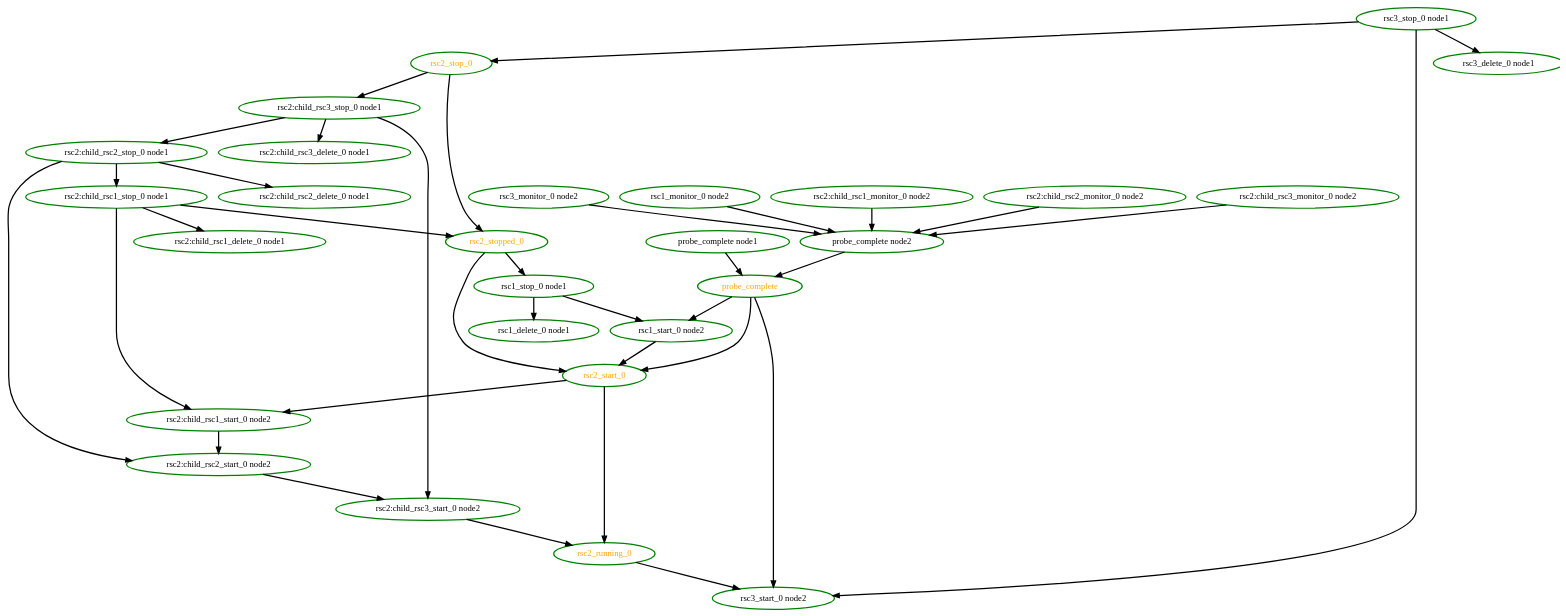
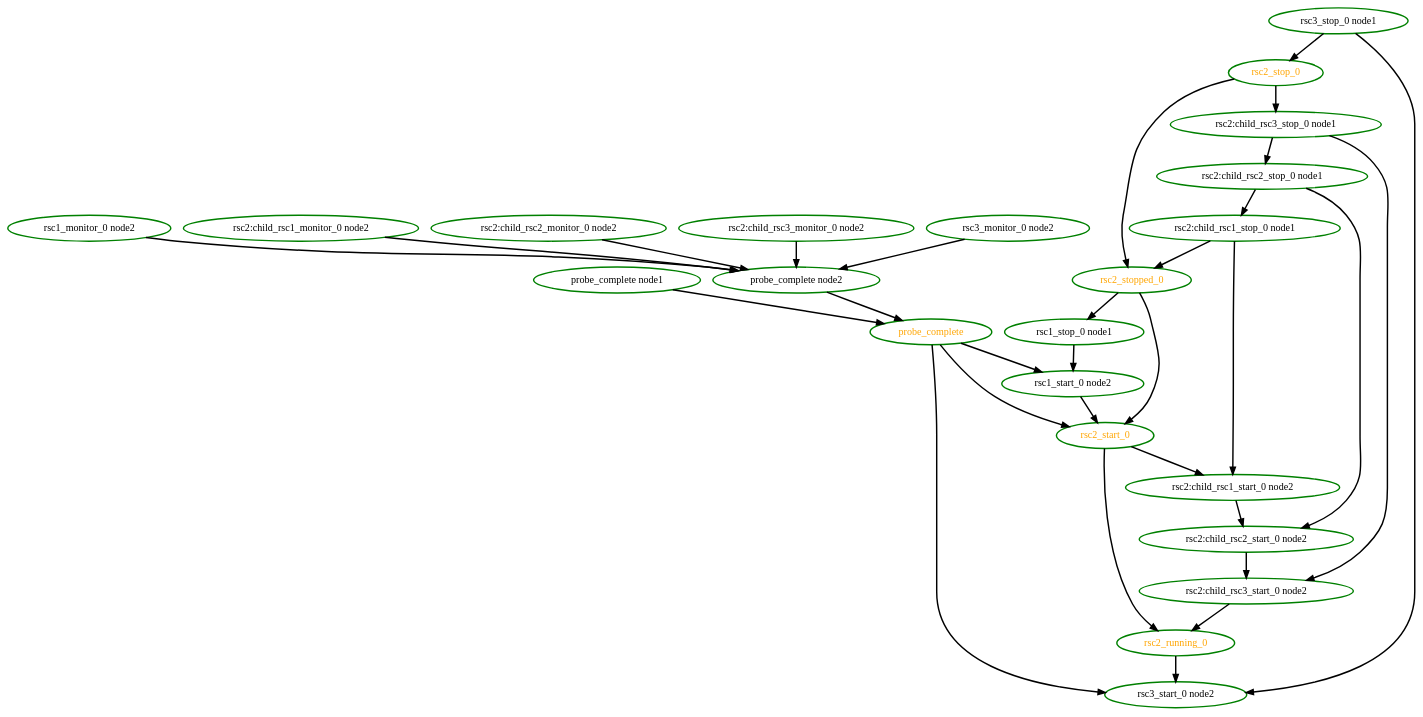
The diagram in crm/pengine/testcases/group5.dot (richiewen8/heartbeat), drawn with Graphviz before and after one commit. The commit also changed 105 other files, not shown here.

```diff
--- a/crm/pengine/testcases/group5.dot
+++ b/crm/pengine/testcases/group5.dot
@@ -1,65 +1,55 @@
 digraph "g" {
 	size = "30,30"
 "probe_complete" [ style=bold color="green" fontcolor="orange" ]
 "probe_complete node1" [ style=bold color="green" fontcolor="black" ]
 "probe_complete node2" [ style=bold color="green" fontcolor="black" ]
 "rsc1_monitor_0 node2" [ style=bold color="green" fontcolor="black" ]
 "rsc2:child_rsc1_monitor_0 node2" [ style=bold color="green" fontcolor="black" ]
 "rsc2:child_rsc2_monitor_0 node2" [ style=bold color="green" fontcolor="black" ]
 "rsc2:child_rsc3_monitor_0 node2" [ style=bold color="green" fontcolor="black" ]
 "rsc3_monitor_0 node2" [ style=bold color="green" fontcolor="black" ]
 "rsc1_stop_0 node1" [ style=bold color="green" fontcolor="black" ]
 "rsc1_start_0 node2" [ style=bold color="green" fontcolor="black" ]
-"rsc1_delete_0 node1" [ style=bold color="green" fontcolor="black" ]
 "rsc2:child_rsc1_stop_0 node1" [ style=bold color="green" fontcolor="black" ]
 "rsc2:child_rsc1_start_0 node2" [ style=bold color="green" fontcolor="black" ]
-"rsc2:child_rsc1_delete_0 node1" [ style=bold color="green" fontcolor="black" ]
 "rsc2:child_rsc2_stop_0 node1" [ style=bold color="green" fontcolor="black" ]
 "rsc2:child_rsc2_start_0 node2" [ style=bold color="green" fontcolor="black" ]
-"rsc2:child_rsc2_delete_0 node1" [ style=bold color="green" fontcolor="black" ]
 "rsc2:child_rsc3_stop_0 node1" [ style=bold color="green" fontcolor="black" ]
 "rsc2:child_rsc3_start_0 node2" [ style=bold color="green" fontcolor="black" ]
-"rsc2:child_rsc3_delete_0 node1" [ style=bold color="green" fontcolor="black" ]
 "rsc2_start_0" [ style=bold color="green" fontcolor="orange" ]
 "rsc2_running_0" [ style=bold color="green" fontcolor="orange" ]
 "rsc2_stop_0" [ style=bold color="green" fontcolor="orange" ]
 "rsc2_stopped_0" [ style=bold color="green" fontcolor="orange" ]
 "rsc3_stop_0 node1" [ style=bold color="green" fontcolor="black" ]
 "rsc3_start_0 node2" [ style=bold color="green" fontcolor="black" ]
-"rsc3_delete_0 node1" [ style=bold color="green" fontcolor="black" ]
 "probe_complete node1" -> "probe_complete" [ style = bold]
 "probe_complete node2" -> "probe_complete" [ style = bold]
 "rsc1_monitor_0 node2" -> "probe_complete node2" [ style = bold]
 "rsc2:child_rsc1_monitor_0 node2" -> "probe_complete node2" [ style = bold]
 "rsc2:child_rsc2_monitor_0 node2" -> "probe_complete node2" [ style = bold]
 "rsc2:child_rsc3_monitor_0 node2" -> "probe_complete node2" [ style = bold]
 "rsc3_monitor_0 node2" -> "probe_complete node2" [ style = bold]
 "rsc2_stopped_0" -> "rsc1_stop_0 node1" [ style = bold]
 "probe_complete" -> "rsc1_start_0 node2" [ style = bold]
 "rsc1_stop_0 node1" -> "rsc1_start_0 node2" [ style = bold]
-"rsc1_stop_0 node1" -> "rsc1_delete_0 node1" [ style = bold]
 "rsc2:child_rsc2_stop_0 node1" -> "rsc2:child_rsc1_stop_0 node1" [ style = bold]
 "rsc2:child_rsc1_stop_0 node1" -> "rsc2:child_rsc1_start_0 node2" [ style = bold]
 "rsc2_start_0" -> "rsc2:child_rsc1_start_0 node2" [ style = bold]
-"rsc2:child_rsc1_stop_0 node1" -> "rsc2:child_rsc1_delete_0 node1" [ style = bold]
 "rsc2:child_rsc3_stop_0 node1" -> "rsc2:child_rsc2_stop_0 node1" [ style = bold]
 "rsc2:child_rsc1_start_0 node2" -> "rsc2:child_rsc2_start_0 node2" [ style = bold]
 "rsc2:child_rsc2_stop_0 node1" -> "rsc2:child_rsc2_start_0 node2" [ style = bold]
-"rsc2:child_rsc2_stop_0 node1" -> "rsc2:child_rsc2_delete_0 node1" [ style = bold]
 "rsc2_stop_0" -> "rsc2:child_rsc3_stop_0 node1" [ style = bold]
 "rsc2:child_rsc2_start_0 node2" -> "rsc2:child_rsc3_start_0 node2" [ style = bold]
 "rsc2:child_rsc3_stop_0 node1" -> "rsc2:child_rsc3_start_0 node2" [ style = bold]
-"rsc2:child_rsc3_stop_0 node1" -> "rsc2:child_rsc3_delete_0 node1" [ style = bold]
 "probe_complete" -> "rsc2_start_0" [ style = bold]
 "rsc1_start_0 node2" -> "rsc2_start_0" [ style = bold]
 "rsc2_stopped_0" -> "rsc2_start_0" [ style = bold]
 "rsc2:child_rsc3_start_0 node2" -> "rsc2_running_0" [ style = bold]
 "rsc2_start_0" -> "rsc2_running_0" [ style = bold]
 "rsc3_stop_0 node1" -> "rsc2_stop_0" [ style = bold]
 "rsc2:child_rsc1_stop_0 node1" -> "rsc2_stopped_0" [ style = bold]
 "rsc2_stop_0" -> "rsc2_stopped_0" [ style = bold]
 "probe_complete" -> "rsc3_start_0 node2" [ style = bold]
 "rsc2_running_0" -> "rsc3_start_0 node2" [ style = bold]
 "rsc3_stop_0 node1" -> "rsc3_start_0 node2" [ style = bold]
-"rsc3_stop_0 node1" -> "rsc3_delete_0 node1" [ style = bold]
 }
```
